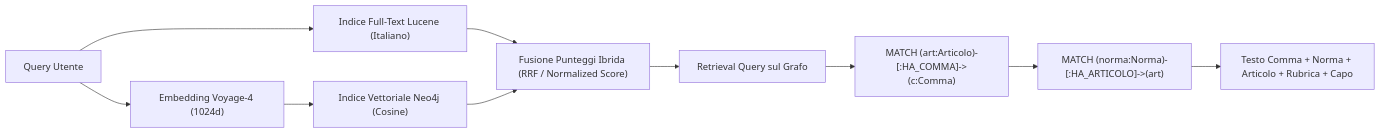
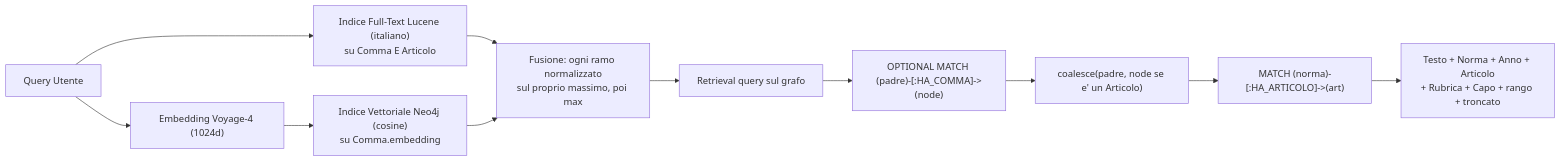
Before and after one commit to simorina/GraphResponsa: the fourth of 5 diagrams in docs/architettura-agente.md, drawn with Mermaid. The commit also changed other lines of this file and 68 other files, not shown here.

````diff
--- a/docs/architettura-agente.md
+++ b/docs/architettura-agente.md
@@ -144,14 +162,15 @@
 ```mermaid
 flowchart LR
-    Q["Query Utente"] --> FT["Indice Full-Text Lucene (Italiano)"]
+    Q["Query Utente"] --> FT["Indice Full-Text Lucene (italiano)<br/>su Comma E Articolo"]
     Q --> VOY["Embedding Voyage-4 (1024d)"]
-    VOY --> VS["Indice Vettoriale Neo4j (Cosine)"]
-    
-    FT --> HYB["Fusione Punteggi Ibrida (RRF / Normalized Score)"]
+    VOY --> VS["Indice Vettoriale Neo4j (cosine)<br/>su Comma.embedding"]
+
+    FT --> HYB["Fusione: ogni ramo normalizzato<br/>sul proprio massimo, poi max"]
     VS --> HYB
-    
-    HYB --> GR["Retrieval Query sul Grafo"]
-    GR --> ART["MATCH (art:Articolo)-[:HA_COMMA]->(c:Comma)"]
-    ART --> NORM["MATCH (norma:Norma)-[:HA_ARTICOLO]->(art)"]
-    NORM --> OUT["Testo Comma + Norma + Articolo + Rubrica + Capo"]
+
+    HYB --> GR["Retrieval query sul grafo"]
+    GR --> OPT["OPTIONAL MATCH (padre)-[:HA_COMMA]->(node)"]
+    OPT --> CO["coalesce(padre, node se e' un Articolo)"]
+    CO --> NORM["MATCH (norma)-[:HA_ARTICOLO]->(art)"]
+    NORM --> OUT["Testo + Norma + Anno + Articolo<br/>+ Rubrica + Capo + rango + troncato"]
 ```
````
